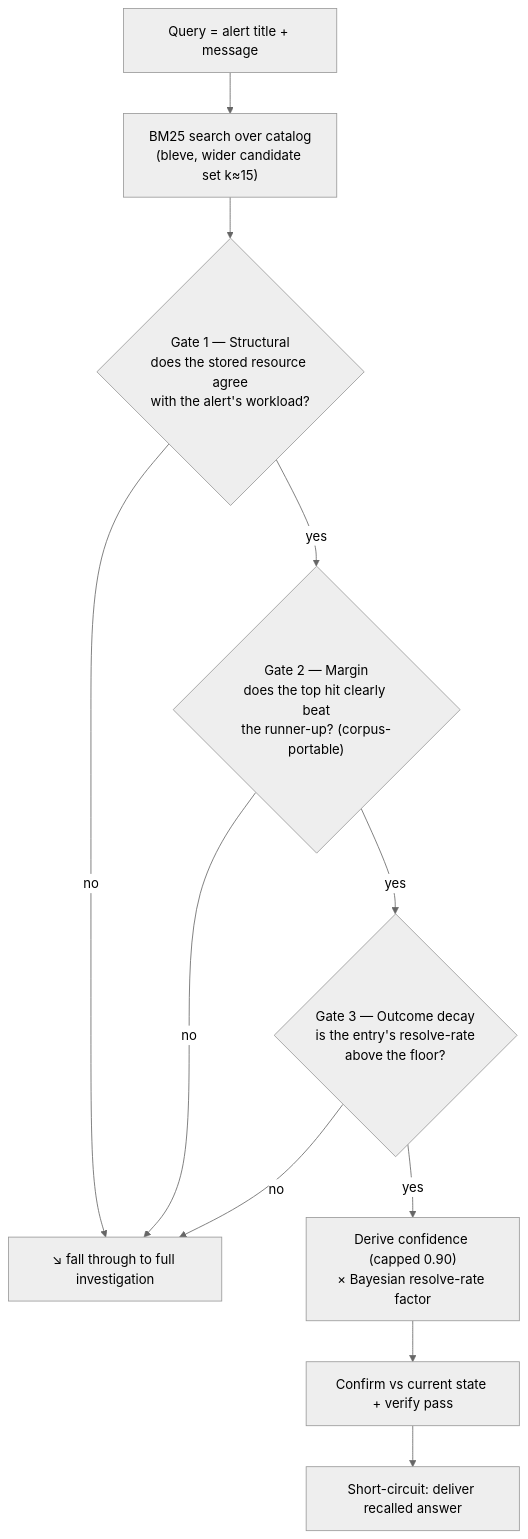
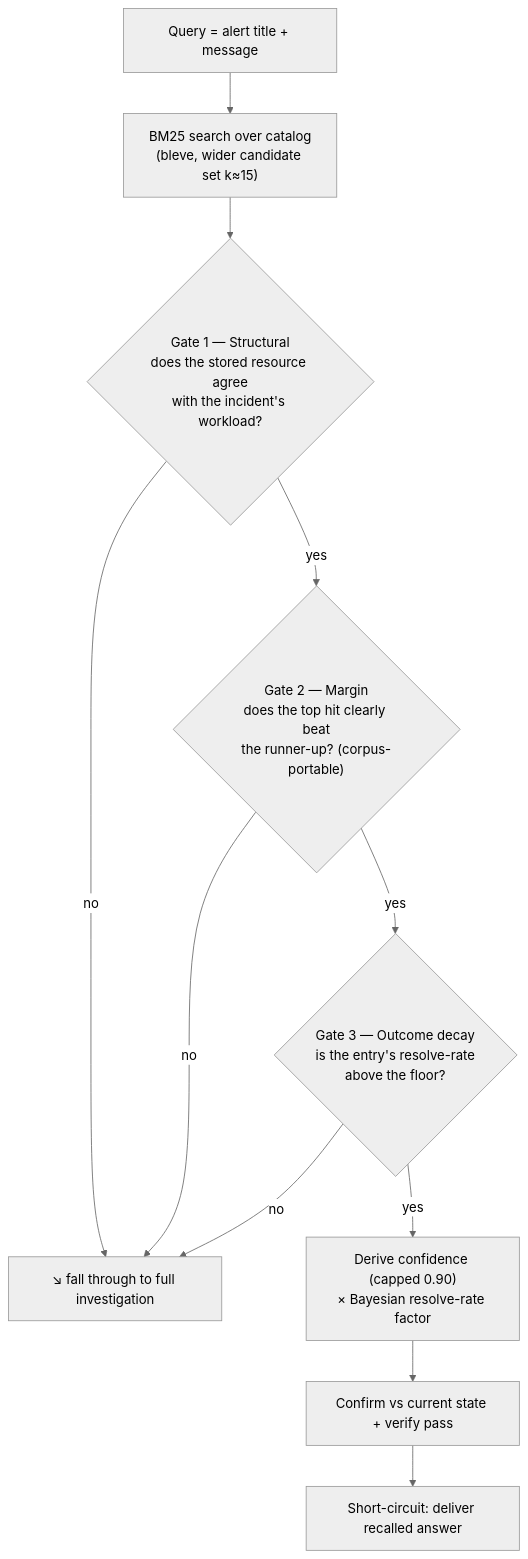
One commit to Smana/runlore changed the third of 6 diagrams in docs/learning-loop.md. Above: the diagram before and after it, drawn with Mermaid (neutral theme). The commit also changed other lines of this file, not shown here.

````diff
--- a/docs/learning-loop.md
+++ b/docs/learning-loop.md
@@ -90,13 +99,13 @@
 ```mermaid
 flowchart TD
     Q["Query = alert title + message"] --> S["BM25 search over catalog<br/>(bleve, wider candidate set k≈15)"]
-    S --> G1{"Gate 1 — Structural<br/>does the stored resource agree<br/>with the alert's workload?"}
+    S --> G1{"Gate 1 — Structural<br/>does the stored resource agree<br/>with the incident's workload?"}
     G1 -- no --> FALL["↘ fall through to full investigation"]
     G1 -- yes --> G2{"Gate 2 — Margin<br/>does the top hit clearly beat<br/>the runner-up? (corpus-portable)"}
     G2 -- no --> FALL
     G2 -- yes --> G3{"Gate 3 — Outcome decay<br/>is the entry's resolve-rate<br/>above the floor?"}
     G3 -- no --> FALL
     G3 -- yes --> CONF["Derive confidence (capped 0.90)<br/>× Bayesian resolve-rate factor"]
     CONF --> CHK["Confirm vs current state + verify pass"]
     CHK --> SHORT["Short-circuit: deliver recalled answer"]
 ```
````
